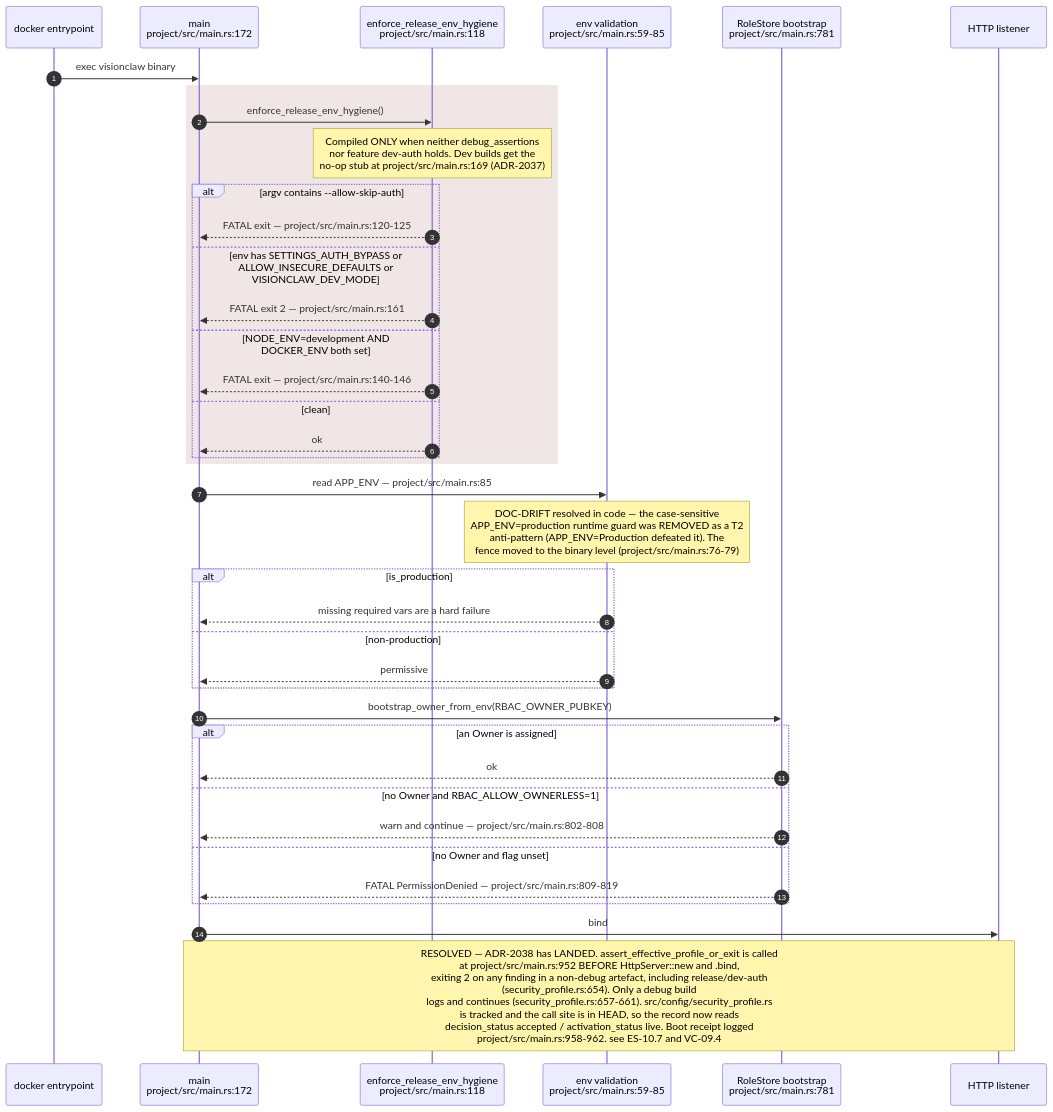
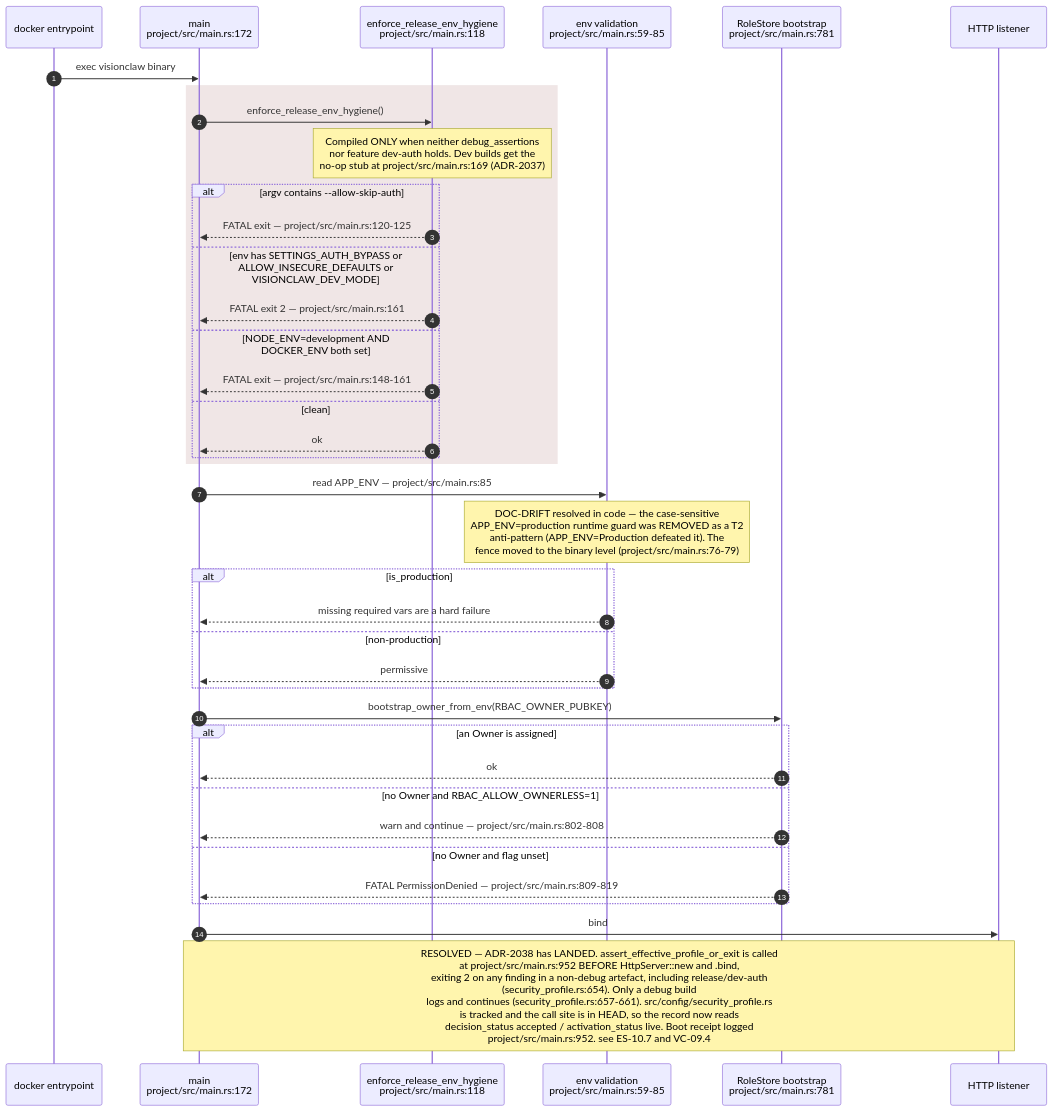
Before and after one commit to DreamLab-AI/VisionFlow: the second of 11 diagrams in docs/diagrams/estate/10-deployment-and-security-profiles.md, drawn with Mermaid. The commit also changed 39 other files, not shown here.

````diff
--- a/docs/diagrams/estate/10-deployment-and-security-profiles.md
+++ b/docs/diagrams/estate/10-deployment-and-security-profiles.md
@@ -100,42 +100,42 @@
 ```mermaid
 sequenceDiagram
     autonumber
     participant OS as docker entrypoint
     participant M as main<br/>project/src/main.rs:172
     participant EH as enforce_release_env_hygiene<br/>project/src/main.rs:118
     participant EV as env validation<br/>project/src/main.rs:59-85
     participant RS as RoleStore bootstrap<br/>project/src/main.rs:781
     participant L as HTTP listener
 
     OS->>M: exec visionclaw binary
     rect rgb(240,230,230)
     M->>EH: enforce_release_env_hygiene()
     Note over EH: Compiled ONLY when neither debug_assertions<br/>nor feature dev-auth holds. Dev builds get the<br/>no-op stub at project/src/main.rs:169 (ADR-2037)
     alt argv contains --allow-skip-auth
         EH-->>M: FATAL exit — project/src/main.rs:120-125
     else env has SETTINGS_AUTH_BYPASS or ALLOW_INSECURE_DEFAULTS or VISIONCLAW_DEV_MODE
         EH-->>M: FATAL exit 2 — project/src/main.rs:161
     else NODE_ENV=development AND DOCKER_ENV both set
-        EH-->>M: FATAL exit — project/src/main.rs:140-146
+        EH-->>M: FATAL exit — project/src/main.rs:148-161
     else clean
         EH-->>M: ok
     end
     end
     M->>EV: read APP_ENV — project/src/main.rs:85
     Note over EV: DOC-DRIFT resolved in code — the case-sensitive<br/>APP_ENV=production runtime guard was REMOVED as a T2<br/>anti-pattern (APP_ENV=Production defeated it). The<br/>fence moved to the binary level (project/src/main.rs:76-79)
     alt is_production
         EV-->>M: missing required vars are a hard failure
     else non-production
         EV-->>M: permissive
     end
     M->>RS: bootstrap_owner_from_env(RBAC_OWNER_PUBKEY)
     alt an Owner is assigned
         RS-->>M: ok
     else no Owner and RBAC_ALLOW_OWNERLESS=1
         RS-->>M: warn and continue — project/src/main.rs:802-808
     else no Owner and flag unset
         RS-->>M: FATAL PermissionDenied — project/src/main.rs:809-819
     end
     M->>L: bind
-    Note over M,L: RESOLVED — ADR-2038 has LANDED. assert_effective_profile_or_exit is called<br/>at project/src/main.rs:952 BEFORE HttpServer::new and .bind,<br/>exiting 2 on any finding in a non-debug artefact, including release/dev-auth<br/>(security_profile.rs:654). Only a debug build<br/>logs and continues (security_profile.rs:657-661). src/config/security_profile.rs<br/>is tracked and the call site is in HEAD, so the record now reads<br/>decision_status accepted / activation_status live. Boot receipt logged<br/>project/src/main.rs:958-962. see ES-10.7 and VC-09.4
+    Note over M,L: RESOLVED — ADR-2038 has LANDED. assert_effective_profile_or_exit is called<br/>at project/src/main.rs:952 BEFORE HttpServer::new and .bind,<br/>exiting 2 on any finding in a non-debug artefact, including release/dev-auth<br/>(security_profile.rs:654). Only a debug build<br/>logs and continues (security_profile.rs:657-661). src/config/security_profile.rs<br/>is tracked and the call site is in HEAD, so the record now reads<br/>decision_status accepted / activation_status live. Boot receipt logged<br/>project/src/main.rs:952. see ES-10.7 and VC-09.4
 ```
````
